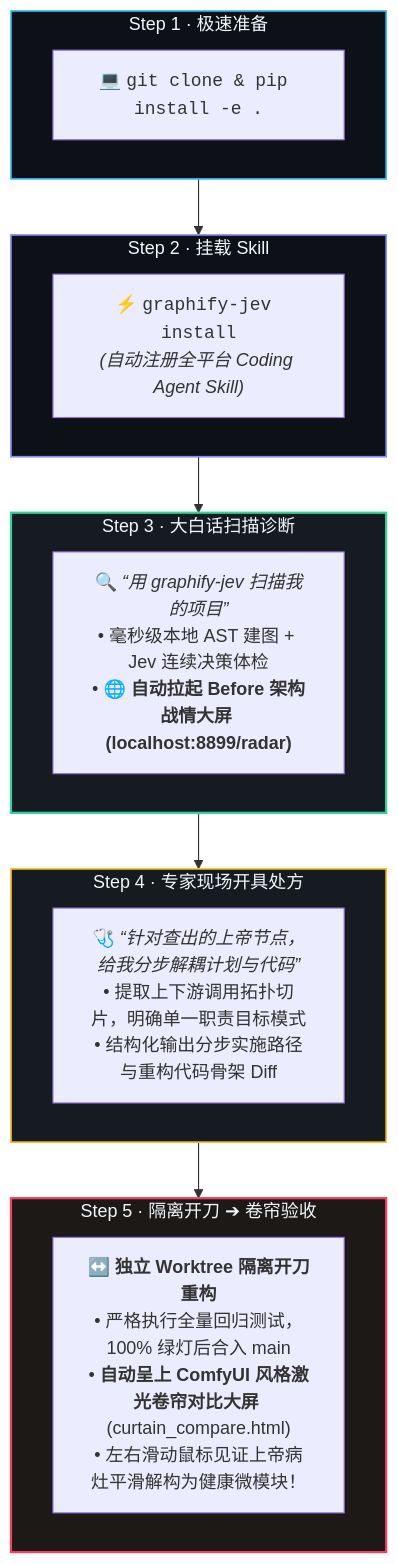
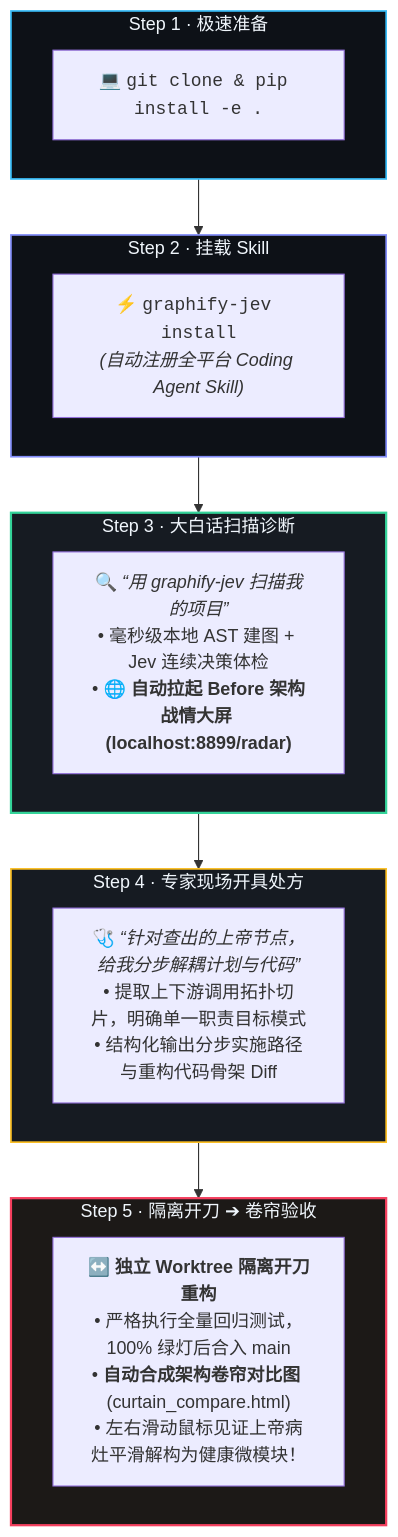
One commit to 54Lynnn/graphify-jev changed the diagram in README.md. Above: the diagram before and after it, drawn with Mermaid. The commit also changed other lines of this file and 6 other files, not shown here.

````diff
--- a/README.md
+++ b/README.md
@@ -53,35 +53,35 @@
 ```mermaid
 flowchart TD
     subgraph S1 ["Step 1 · 极速准备"]
         direction LR
         A["💻 <code>git clone & pip install -e .</code>"]
     end
 
     subgraph S2 ["Step 2 · 挂载 Skill"]
         direction LR
         B["⚡ <code>graphify-jev install</code><br/><i>(自动注册全平台 Coding Agent Skill)</i>"]
     end
 
     subgraph S3 ["Step 3 · 大白话扫描诊断"]
         direction LR
         C["🔍 <i>“用 graphify-jev 扫描我的项目”</i><br/>• 毫秒级本地 AST 建图 + Jev 连续决策体检<br/>• 🌐 <b>自动拉起 Before 架构战情大屏 (localhost:8899/radar)</b>"]
     end
 
     subgraph S4 ["Step 4 · 专家现场开具处方"]
         direction LR
         D["🩺 <i>“针对查出的上帝节点，给我分步解耦计划与代码”</i><br/>• 提取上下游调用拓扑切片，明确单一职责目标模式<br/>• 结构化输出分步实施路径与重构代码骨架 Diff"]
     end
 
     subgraph S5 ["Step 5 · 隔离开刀 ➔ 卷帘验收"]
         direction LR
-        E["↔️ <b>独立 Worktree 隔离开刀重构</b><br/>• 严格执行全量回归测试，100% 绿灯后合入 main<br/>• <b>自动呈上 ComfyUI 风格激光卷帘对比大屏</b> (curtain_compare.html)<br/>• 左右滑动鼠标见证上帝病灶平滑解构为健康微模块！"]
+        E["↔️ <b>独立 Worktree 隔离开刀重构</b><br/>• 严格执行全量回归测试，100% 绿灯后合入 main<br/>• <b>自动合成架构卷帘对比图</b> (curtain_compare.html)<br/>• 左右滑动鼠标见证上帝病灶平滑解构为健康微模块！"]
     end
 
     S1 --> S2 --> S3 --> S4 --> S5
 
     style S1 fill:#0d1117,stroke:#38bdf8,stroke-width:1.5px,color:#f0f6fc
     style S2 fill:#0d1117,stroke:#818cf8,stroke-width:1.5px,color:#f0f6fc
     style S3 fill:#161b22,stroke:#34d399,stroke-width:2px,color:#f0f6fc
     style S4 fill:#161b22,stroke:#fbbf24,stroke-width:1.5px,color:#f0f6fc
     style S5 fill:#1c1917,stroke:#f43f5e,stroke-width:2px,color:#f0f6fc
 ```
````
